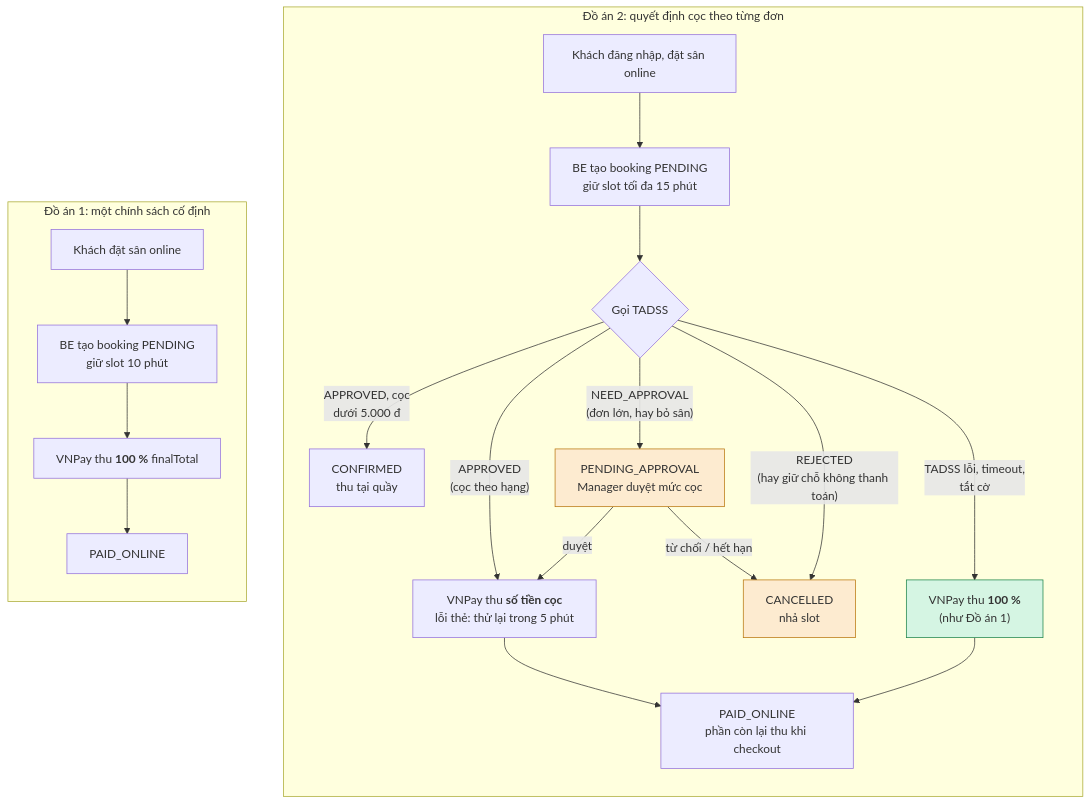
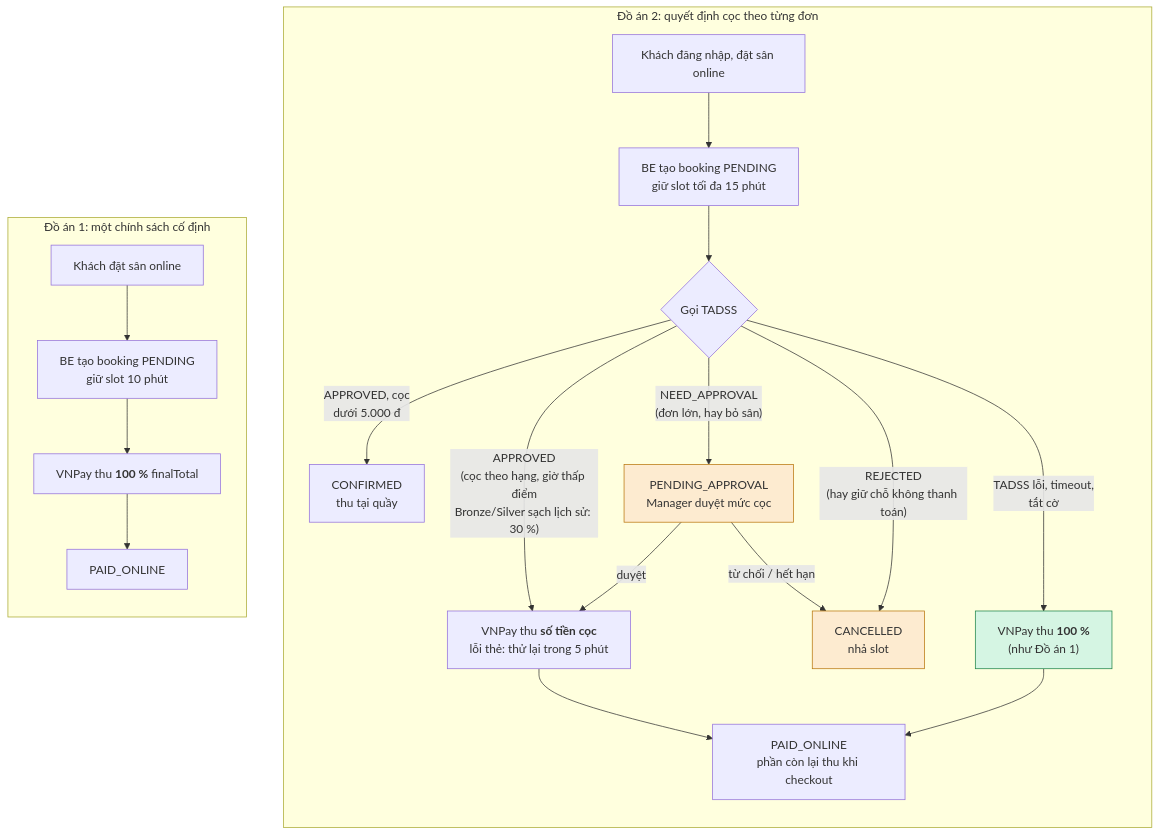
One commit to NguyenThanhTrung-N2T/TrustworthyAdaptiveDecisionSupportSystem-TADSS changed the third of 5 diagrams in docs/report/ARCHITECTURE_DIAGRAMS.md. Above: the diagram before and after it, drawn with Mermaid. The commit also changed other lines of this file and 3 other files, not shown here.

Commit message:
docs(report): describe the 2.2.0 off-peak deposit step in the architecture and sequence diagrams, use case rules and FE handoff (P6-59)

````diff
--- a/docs/report/ARCHITECTURE_DIAGRAMS.md
+++ b/docs/report/ARCHITECTURE_DIAGRAMS.md
@@ -131,31 +131,31 @@
 ```mermaid
 flowchart LR
     subgraph DA1["Đồ án 1: một chính sách cố định"]
         direction TB
         a1["Khách đặt sân online"] --> a2["BE tạo booking PENDING<br/>giữ slot 10 phút"]
         a2 --> a3["VNPay thu <b>100 %</b> finalTotal"]
         a3 --> a4["PAID_ONLINE"]
     end
 
     subgraph DA2["Đồ án 2: quyết định cọc theo từng đơn"]
         direction TB
         b1["Khách đăng nhập, đặt sân online"] --> b2["BE tạo booking PENDING<br/>giữ slot tối đa 15 phút"]
         b2 --> b3{"Gọi TADSS"}
-        b3 -- "APPROVED<br/>(cọc theo hạng)" --> b4["VNPay thu <b>số tiền cọc</b><br/>lỗi thẻ: thử lại trong 5 phút"]
+        b3 -- "APPROVED<br/>(cọc theo hạng, giờ thấp điểm<br/>Bronze/Silver sạch lịch sử: 30 %)" --> b4["VNPay thu <b>số tiền cọc</b><br/>lỗi thẻ: thử lại trong 5 phút"]
         b3 -- "APPROVED, cọc<br/>dưới 5.000 đ" --> b9["CONFIRMED<br/>thu tại quầy"]
         b3 -- "NEED_APPROVAL<br/>(đơn lớn, hay bỏ sân)" --> b5["PENDING_APPROVAL<br/>Manager duyệt mức cọc"]
         b5 -- "duyệt" --> b4
         b5 -- "từ chối / hết hạn" --> b7["CANCELLED<br/>nhả slot"]
         b3 -- "REJECTED<br/>(hay giữ chỗ không thanh toán)" --> b7
         b3 -- "TADSS lỗi, timeout,<br/>tắt cờ" --> b6["VNPay thu <b>100 %</b><br/>(như Đồ án 1)"]
         b4 --> b8["PAID_ONLINE<br/>phần còn lại thu khi checkout"]
         b6 --> b8
     end
 
     DA1 ~~~ DA2
 
     classDef risk fill:#fdebd0,stroke:#b9770e
     classDef same fill:#d5f5e3,stroke:#1e8449
     class b5,b7 risk
     class b6 same
 ```
````
